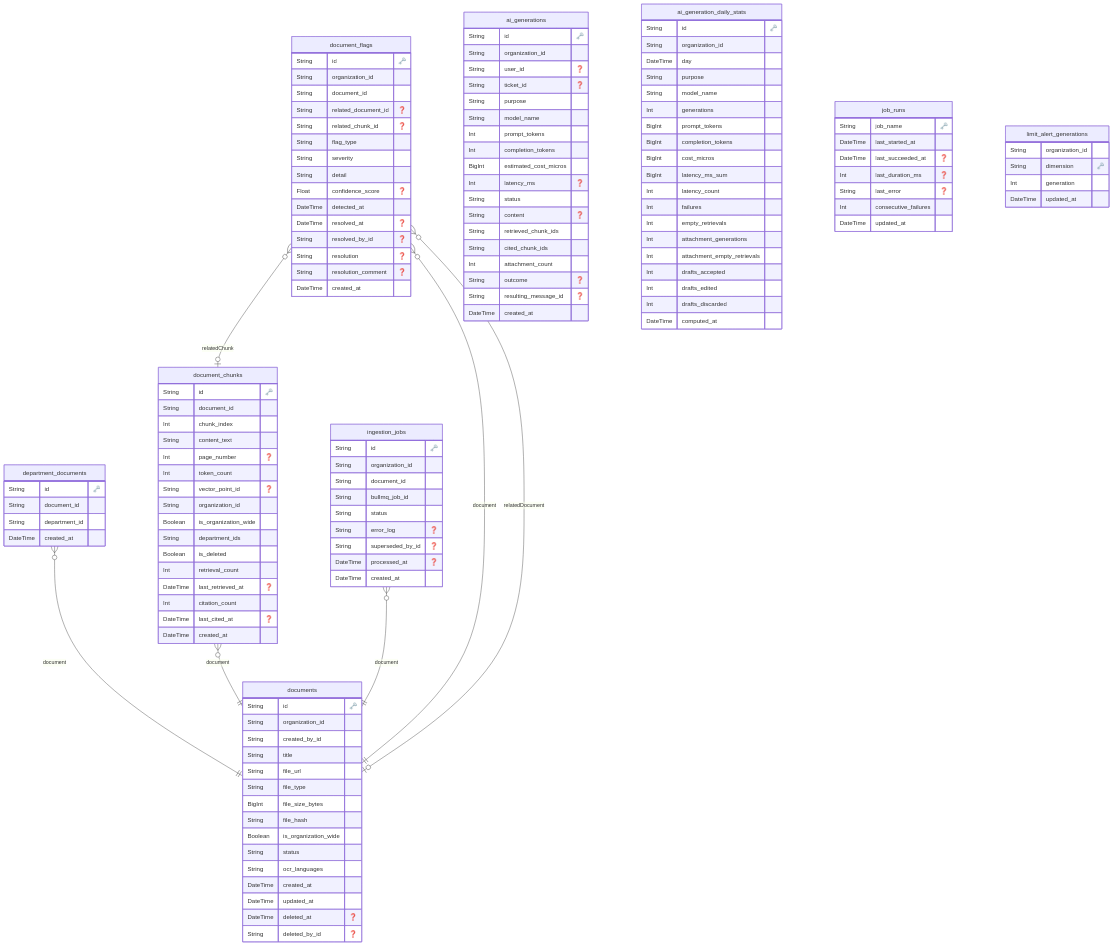
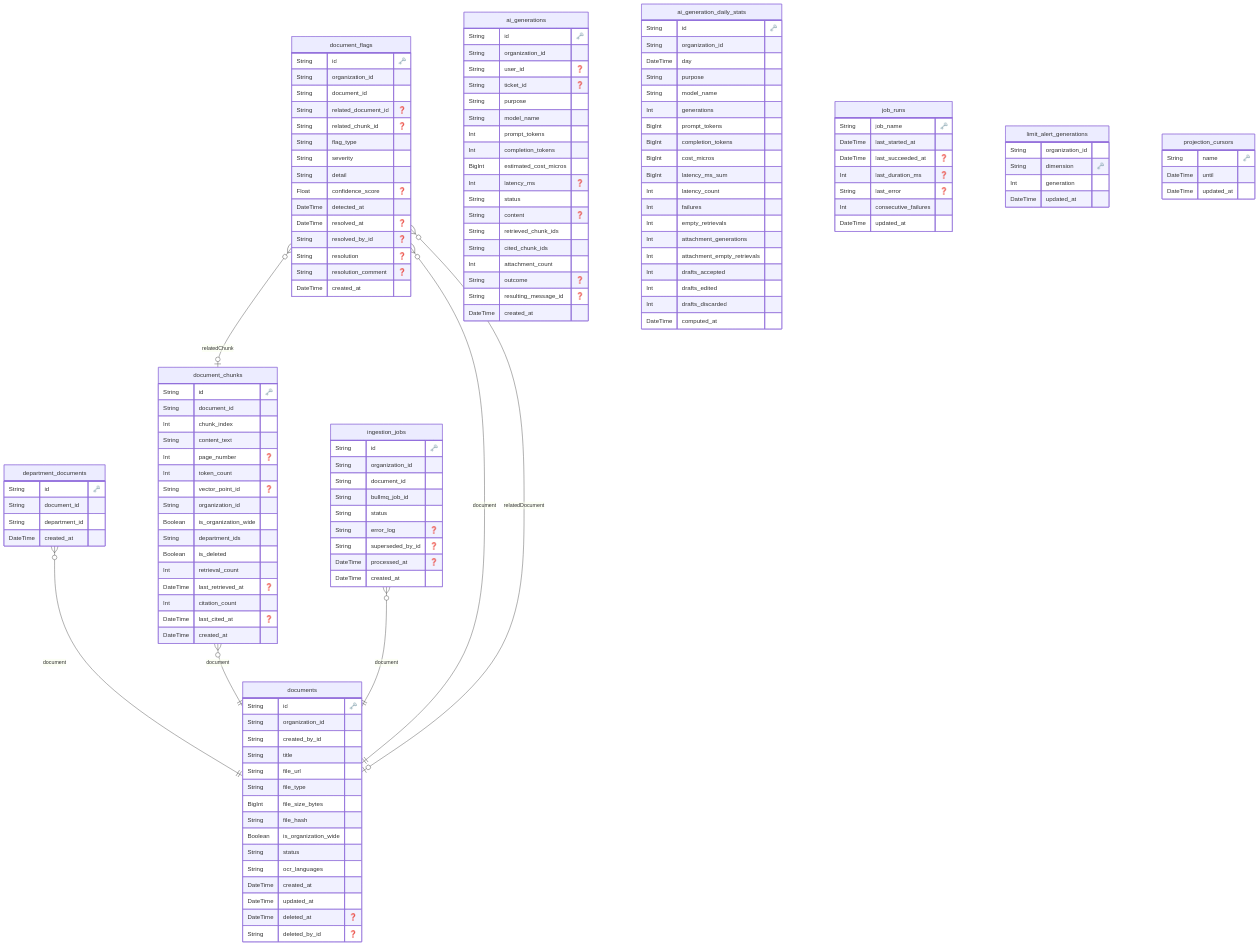
The diagram in docs/reference/erd/ingestion-service.md (dungtq2k5/synapse-desk), drawn with Mermaid before and after one commit. The commit also changed 29 other files, not shown here.

```diff
--- a/docs/reference/erd/ingestion-service.md
+++ b/docs/reference/erd/ingestion-service.md
@@ -3,146 +3,153 @@
 
   "documents" {
     String id "🗝️"
-    String organization_id 
-    String created_by_id 
-    String title 
-    String file_url 
-    String file_type 
-    BigInt file_size_bytes 
-    String file_hash 
-    Boolean is_organization_wide 
-    String status 
-    String ocr_languages 
-    DateTime created_at 
-    DateTime updated_at 
+    String organization_id
+    String created_by_id
+    String title
+    String file_url
+    String file_type
+    BigInt file_size_bytes
+    String file_hash
+    Boolean is_organization_wide
+    String status
+    String ocr_languages
+    DateTime created_at
+    DateTime updated_at
     DateTime deleted_at "❓"
     String deleted_by_id "❓"
     }
-  
+
 
   "department_documents" {
     String id "🗝️"
-    String document_id 
-    String department_id 
-    DateTime created_at 
+    String document_id
+    String department_id
+    DateTime created_at
     }
-  
+
 
   "document_chunks" {
     String id "🗝️"
-    String document_id 
-    Int chunk_index 
-    String content_text 
+    String document_id
+    Int chunk_index
+    String content_text
     Int page_number "❓"
-    Int token_count 
+    Int token_count
     String vector_point_id "❓"
-    String organization_id 
-    Boolean is_organization_wide 
-    String department_ids 
-    Boolean is_deleted 
-    Int retrieval_count 
+    String organization_id
+    Boolean is_organization_wide
+    String department_ids
+    Boolean is_deleted
+    Int retrieval_count
     DateTime last_retrieved_at "❓"
-    Int citation_count 
+    Int citation_count
     DateTime last_cited_at "❓"
-    DateTime created_at 
+    DateTime created_at
     }
-  
+
 
   "ingestion_jobs" {
     String id "🗝️"
-    String organization_id 
-    String document_id 
-    String bullmq_job_id 
-    String status 
+    String organization_id
+    String document_id
+    String bullmq_job_id
+    String status
     String error_log "❓"
     String superseded_by_id "❓"
     DateTime processed_at "❓"
-    DateTime created_at 
+    DateTime created_at
     }
-  
+
 
   "document_flags" {
     String id "🗝️"
-    String organization_id 
-    String document_id 
+    String organization_id
+    String document_id
     String related_document_id "❓"
     String related_chunk_id "❓"
-    String flag_type 
-    String severity 
-    String detail 
+    String flag_type
+    String severity
+    String detail
     Float confidence_score "❓"
-    DateTime detected_at 
+    DateTime detected_at
     DateTime resolved_at "❓"
     String resolved_by_id "❓"
     String resolution "❓"
     String resolution_comment "❓"
-    DateTime created_at 
+    DateTime created_at
     }
-  
+
 
   "ai_generations" {
     String id "🗝️"
-    String organization_id 
+    String organization_id
     String user_id "❓"
     String ticket_id "❓"
-    String purpose 
-    String model_name 
-    Int prompt_tokens 
-    Int completion_tokens 
-    BigInt estimated_cost_micros 
+    String purpose
+    String model_name
+    Int prompt_tokens
+    Int completion_tokens
+    BigInt estimated_cost_micros
     Int latency_ms "❓"
-    String status 
+    String status
     String content "❓"
-    String retrieved_chunk_ids 
-    String cited_chunk_ids 
-    Int attachment_count 
+    String retrieved_chunk_ids
+    String cited_chunk_ids
+    Int attachment_count
     String outcome "❓"
     String resulting_message_id "❓"
-    DateTime created_at 
+    DateTime created_at
     }
-  
+
 
   "ai_generation_daily_stats" {
     String id "🗝️"
-    String organization_id 
-    DateTime day 
-    String purpose 
-    String model_name 
-    Int generations 
-    BigInt prompt_tokens 
-    BigInt completion_tokens 
-    BigInt cost_micros 
-    BigInt latency_ms_sum 
-    Int latency_count 
-    Int failures 
-    Int empty_retrievals 
-    Int attachment_generations 
-    Int attachment_empty_retrievals 
-    Int drafts_accepted 
-    Int drafts_edited 
-    Int drafts_discarded 
-    DateTime computed_at 
+    String organization_id
+    DateTime day
+    String purpose
+    String model_name
+    Int generations
+    BigInt prompt_tokens
+    BigInt completion_tokens
+    BigInt cost_micros
+    BigInt latency_ms_sum
+    Int latency_count
+    Int failures
+    Int empty_retrievals
+    Int attachment_generations
+    Int attachment_empty_retrievals
+    Int drafts_accepted
+    Int drafts_edited
+    Int drafts_discarded
+    DateTime computed_at
     }
-  
+
 
   "job_runs" {
     String job_name "🗝️"
-    DateTime last_started_at 
+    DateTime last_started_at
     DateTime last_succeeded_at "❓"
     Int last_duration_ms "❓"
     String last_error "❓"
-    Int consecutive_failures 
-    DateTime updated_at 
+    Int consecutive_failures
+    DateTime updated_at
     }
-  
+
 
   "limit_alert_generations" {
-    String organization_id 
+    String organization_id
     String dimension "🗝️"
-    Int generation 
-    DateTime updated_at 
+    Int generation
+    DateTime updated_at
     }
-  
+
+
+  "projection_cursors" {
+    String name "🗝️"
+    DateTime until
+    DateTime updated_at
+    }
+
     "department_documents" }o--|| documents : "document"
     "document_chunks" }o--|| documents : "document"
     "ingestion_jobs" }o--|| documents : "document"
```
